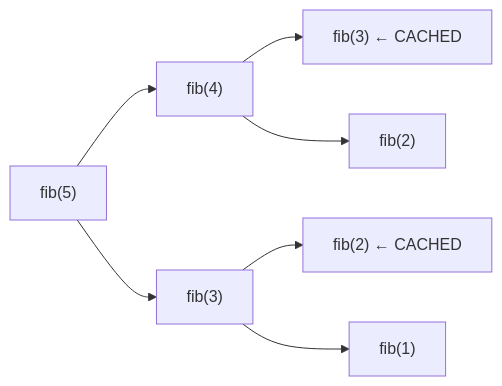
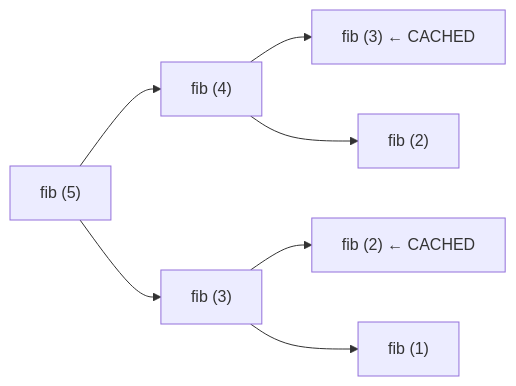
One commit to pploc/swe-icon-the-moment changed the diagram in content/questions/fundamentals/memoization-vs-tabulation.md. Above: the diagram before and after it, drawn with Mermaid. The commit also changed 95 other files, not shown here.

Commit message:
fix: update the practice mode diagram bug not display

````diff
--- a/content/questions/fundamentals/memoization-vs-tabulation.md
+++ b/content/questions/fundamentals/memoization-vs-tabulation.md
@@ -64,11 +64,12 @@
 ```mermaid
 flowchart LR
-    A["fib(5)"] --> B["fib(4)"]
-    A --> C["fib(3)"]
-    B --> D["fib(3) ← CACHED"]
-    B --> E["fib(2)"]
-    C --> F["fib(2) ← CACHED"]
-    C --> G["fib(1)"]
+    A["fib (5)"] --> B["fib (4)"]
+    A --> C["fib (3)"]
+    B --> D["fib (3) ← CACHED"]
+    B --> E["fib (2)"]
+    C --> F["fib (2) ← CACHED"]
+    C --> G["fib (1)"]
+
 
 
 ```
````
